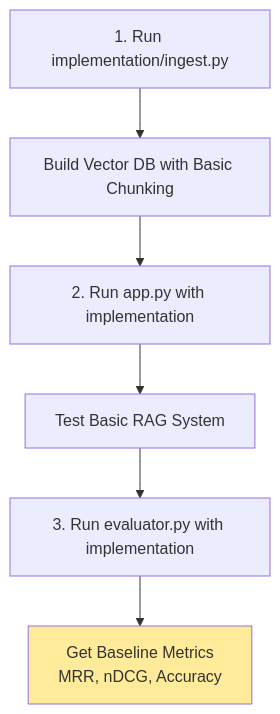
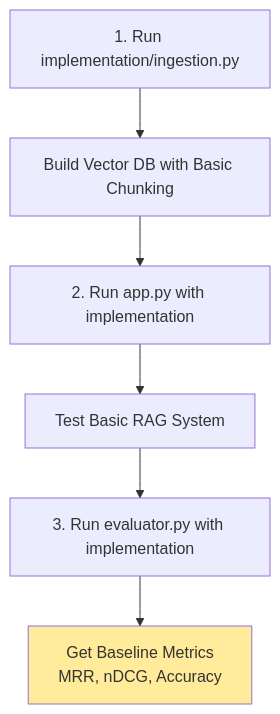
One commit to aditya-caltechie/ai-rag changed the first of 2 diagrams in README.md. Above: the diagram before and after it, drawn with Mermaid. The commit also changed other lines of this file and 20 other files, not shown here.

````diff
--- a/README.md
+++ b/README.md
@@ -21,10 +21,10 @@
 ```mermaid
 graph TD
-    A[1. Run implementation/ingest.py] --> B[Build Vector DB with Basic Chunking]
+    A[1. Run implementation/ingestion.py] --> B[Build Vector DB with Basic Chunking]
     B --> C[2. Run app.py with implementation]
     C --> D[Test Basic RAG System]
     D --> E[3. Run evaluator.py with implementation]
     E --> F[Get Baseline Metrics<br/>MRR, nDCG, Accuracy]
     
     style F fill:#ffeb99
 ```
````
